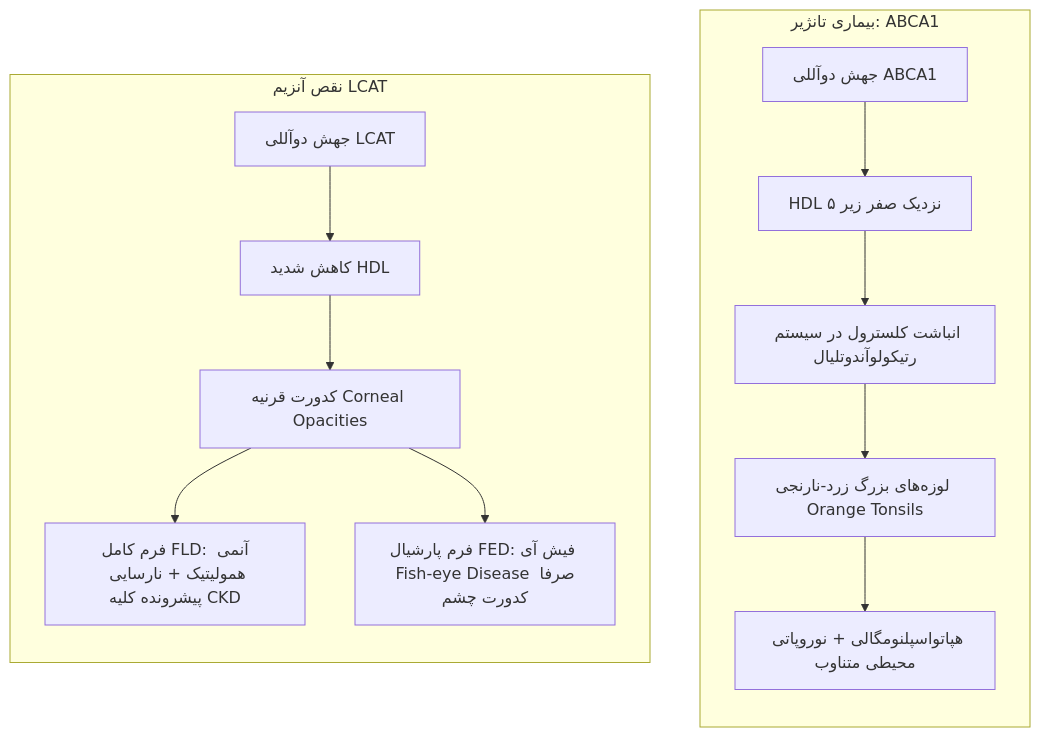
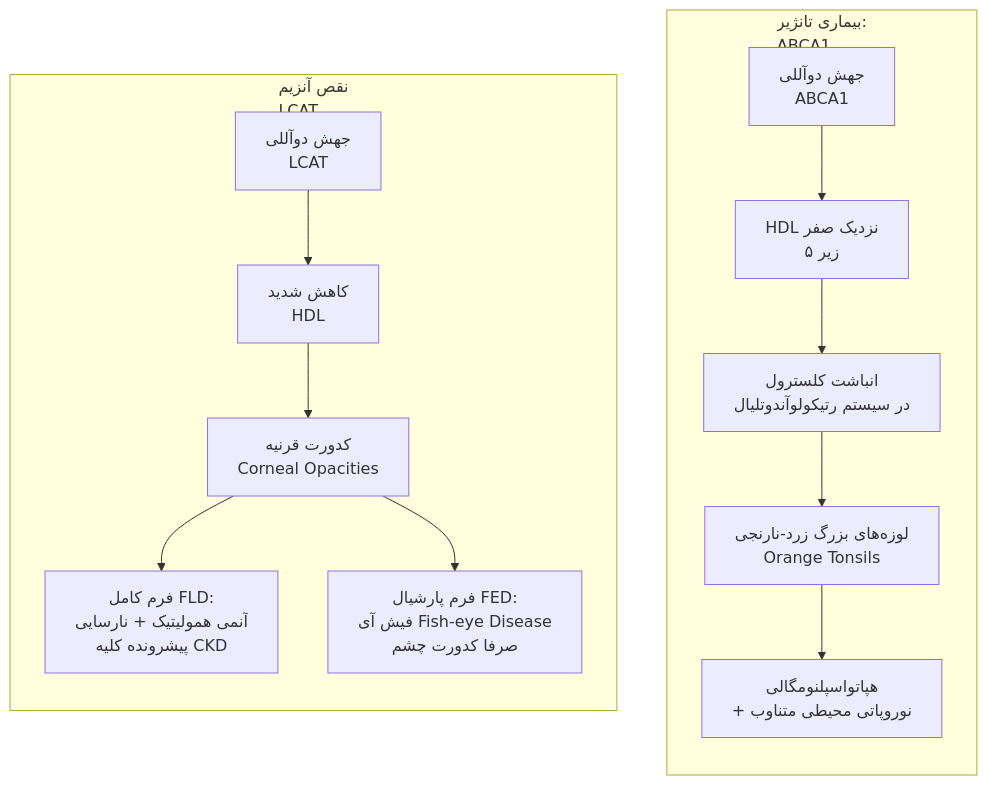
The eighth of 11 diagrams in 07/مبانی غدد/متابولیسم لیپید.md (neopulse-hub/TUMS-1402-1-neo), drawn with Mermaid before and after one commit. The commit also changed other lines of this file, not shown here.

````diff
--- a/07/مبانی غدد/متابولیسم لیپید.md
+++ b/07/مبانی غدد/متابولیسم لیپید.md
@@ -331,18 +351,24 @@
 ```mermaid
 flowchart TD
-    subgraph Tangier [بیماری تانژیر: ABCA1]
-	    direction TD
-        T1[جهش دوآللی ABCA1] --> T2[HDL نزدیک صفر زیر ۵]
-        T2 --> T3[انباشت کلسترول در سیستم رتیکولوآندوتلیال]
-        T3 --> T4[لوزه‌های بزرگ زرد-نارنجی Orange Tonsils]
-        T4 --> T5[هپاتواسپلنومگالی + نوروپاتی محیطی متناوب]
-    end
 
-    subgraph LCAT_Def [نقص آنزیم LCAT]
-	    direction TD
-        L1[جهش دوآللی LCAT] --> L2[کاهش شدید HDL]
-        L2 --> L3[کدورت قرنیه Corneal Opacities]
-        L3 --> L4[فرم کامل FLD: آنمی همولیتیک + نارسایی پیشرونده کلیه CKD]
-        L3 --> L5[فرم پارشیال FED: فیش آی Fish-eye Disease صرفا کدورت چشم]
-    end
+subgraph Tangier [بیماری تانژیر:<br>ABCA1]
+
+direction TD
+
+T1[جهش دوآللی<br>ABCA1] --> T2[HDL نزدیک صفر<br>زیر ۵]
+
+T2 --> T3[انباشت کلسترول<br>در سیستم رتیکولوآندوتلیال]
+
+T3 --> T4[لوزه‌های بزرگ زرد-نارنجی<br>Orange Tonsils]
+
+T4 --> T5[هپاتواسپلنومگالی<br>+ نوروپاتی محیطی متناوب]
+
+end
+subgraph LCAT_Def [نقص آنزیم<br>LCAT]
+    direction TD
+    L1[جهش دوآللی<br>LCAT] --> L2[کاهش شدید<br>HDL]
+    L2 --> L3[کدورت قرنیه<br>Corneal Opacities]
+    L3 --> L4[فرم کامل FLD:<br>آنمی همولیتیک + نارسایی<br>پیشرونده کلیه CKD]
+    L3 --> L5[فرم پارشیال FED:<br>فیش آی Fish-eye Disease<br>صرفا کدورت چشم]
+end
 ```
````
